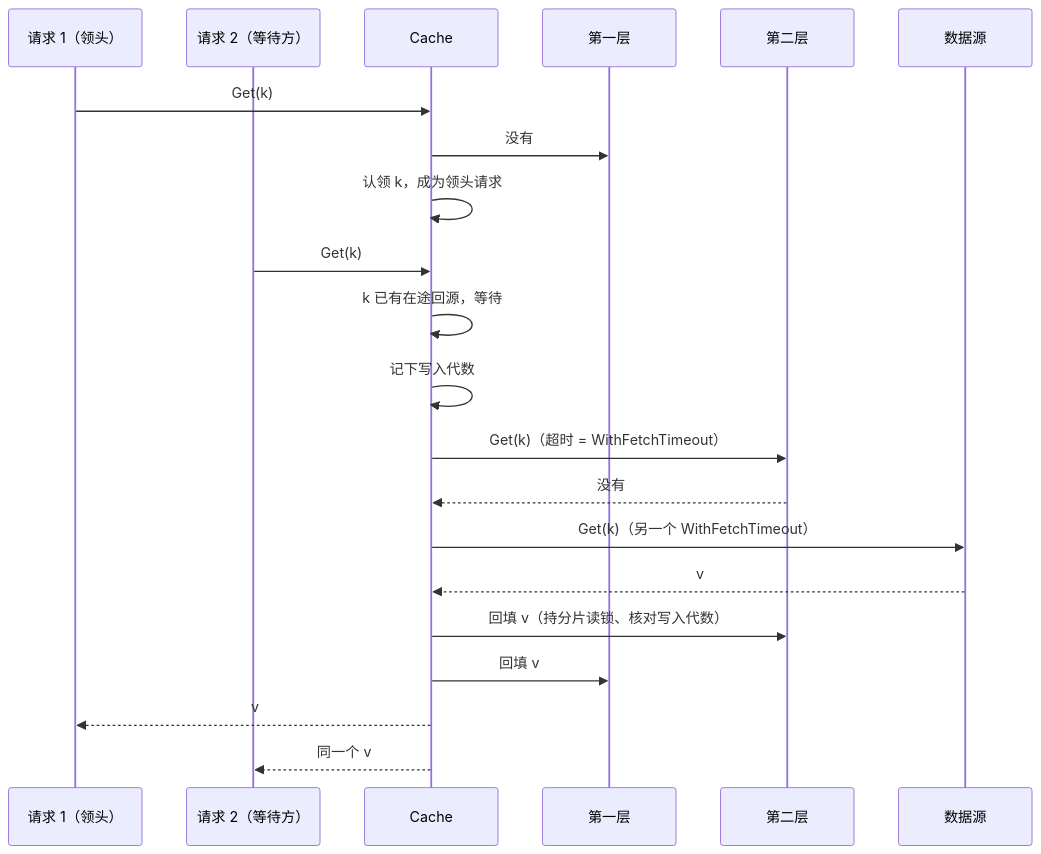
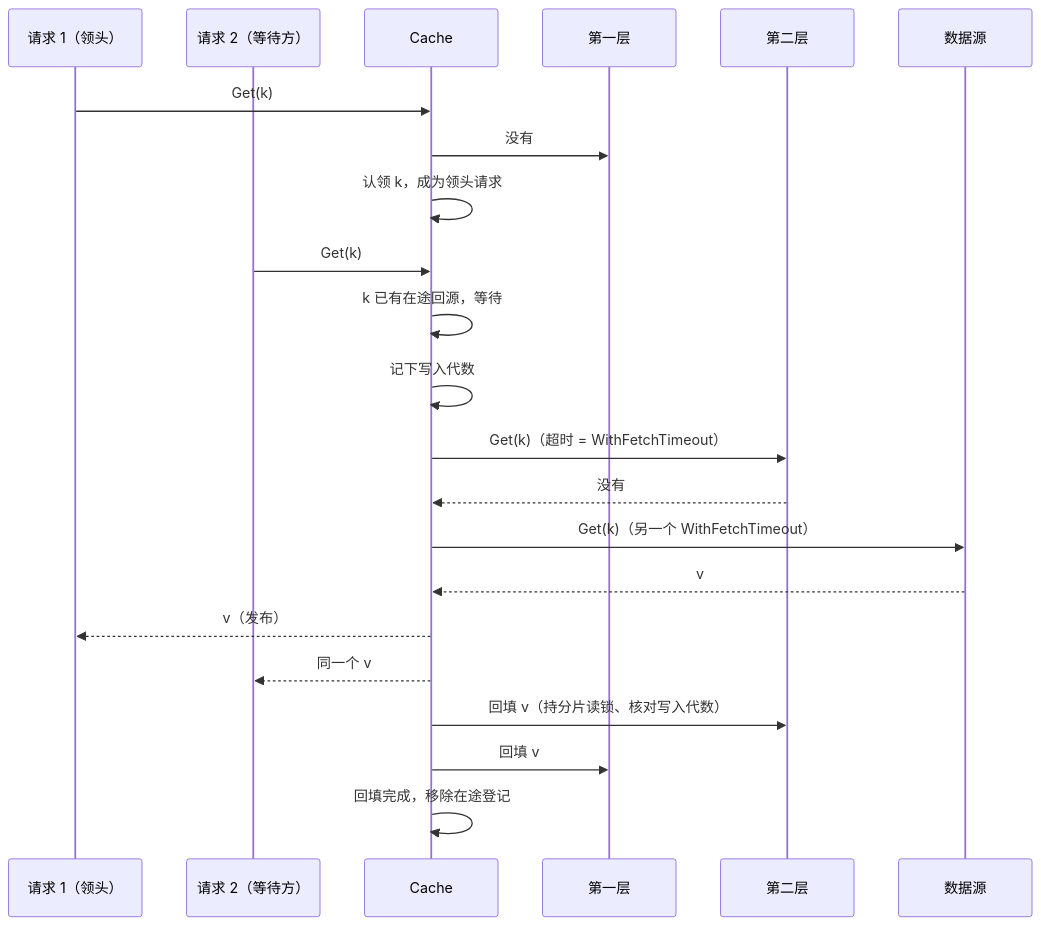
Before and after one commit to theplant/cachex: the fourth of 4 diagrams in docs/design/read-path.md, drawn with Mermaid. The commit also changed other lines of this file and 6 other files, not shown here.

````diff
--- a/docs/design/read-path.md
+++ b/docs/design/read-path.md
@@ -158,23 +160,24 @@
 ```mermaid
 sequenceDiagram
     participant C1 as 请求 1（领头）
     participant C2 as 请求 2（等待方）
     participant K as Cache
     participant L0 as 第一层
     participant L1 as 第二层
     participant S as 数据源
     C1->>K: Get(k)
     K->>L0: 没有
     K->>K: 认领 k，成为领头请求
     C2->>K: Get(k)
     K->>K: k 已有在途回源，等待
     K->>K: 记下写入代数
     K->>L1: Get(k)（超时 = WithFetchTimeout）
     L1-->>K: 没有
     K->>S: Get(k)（另一个 WithFetchTimeout）
     S-->>K: v
+    K-->>C1: v（发布）
+    K-->>C2: 同一个 v
     K->>L1: 回填 v（持分片读锁、核对写入代数）
     K->>L0: 回填 v
-    K-->>C1: v
-    K-->>C2: 同一个 v
+    K->>K: 回填完成，移除在途登记
 ```
````
